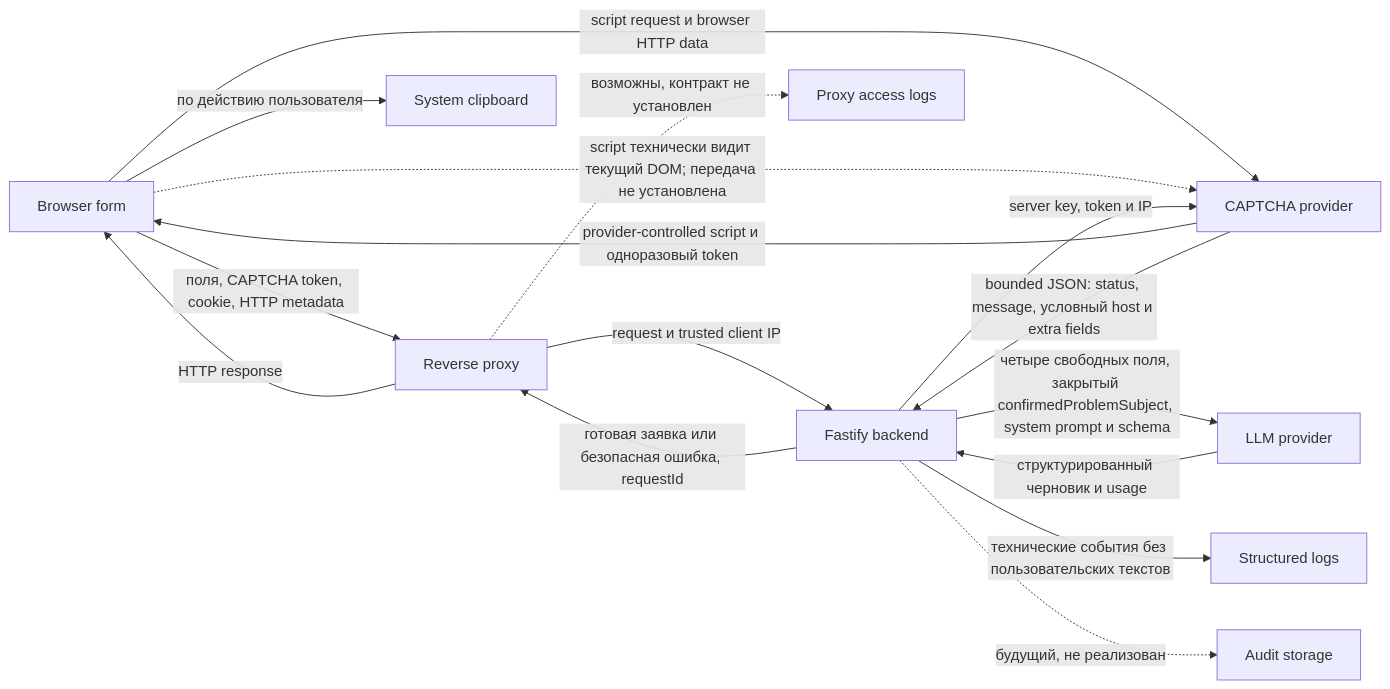
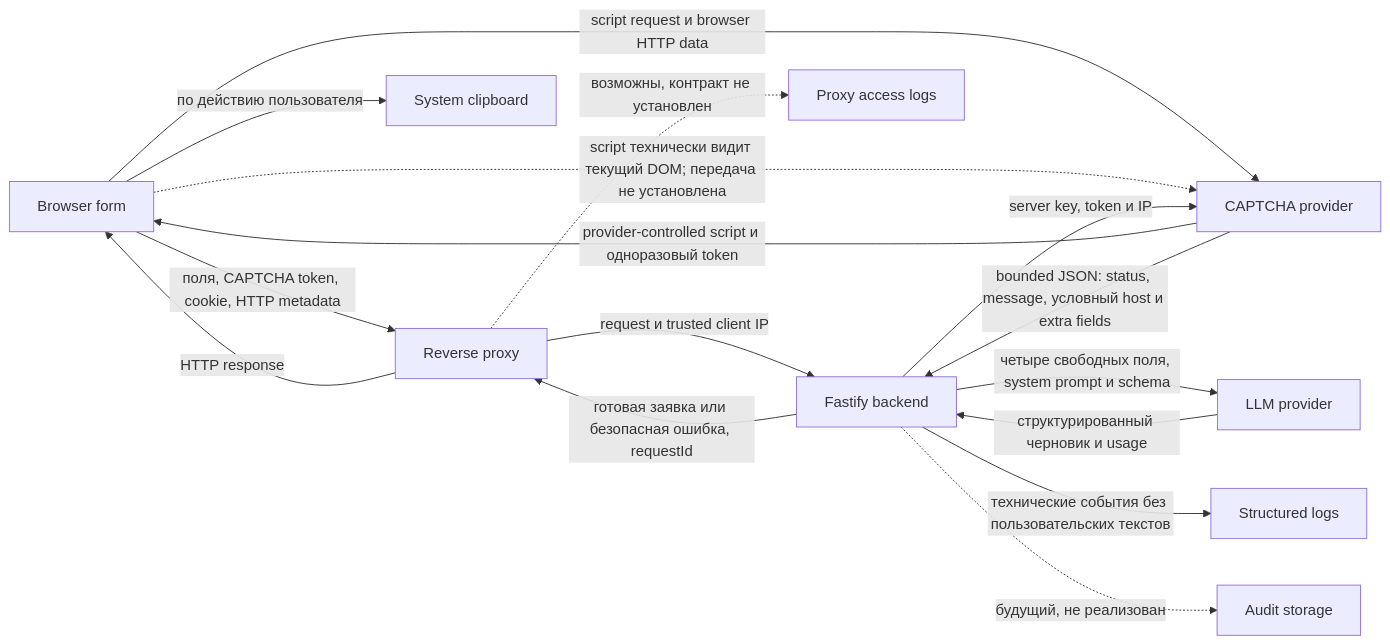
The diagram in docs/PERSONAL_DATA_PROCESSING.md (ashikov/uo-request-generator), drawn with Mermaid before and after one commit. The commit also changed other lines of this file and 3 other files, not shown here.

````diff
--- a/docs/PERSONAL_DATA_PROCESSING.md
+++ b/docs/PERSONAL_DATA_PROCESSING.md
@@ -80,18 +80,18 @@
 ```mermaid
 flowchart LR
     Browser[Browser form] -->|поля, CAPTCHA token, cookie, HTTP metadata| Proxy[Reverse proxy]
     Proxy -->|request и trusted client IP| Backend[Fastify backend]
     Browser -->|script request и browser HTTP data| Captcha[CAPTCHA provider]
     Captcha -->|provider-controlled script и одноразовый token| Browser
     Browser -. script технически видит текущий DOM; передача не установлена .-> Captcha
     Backend -->|server key, token и IP| Captcha
     Captcha -->|bounded JSON: status, message, условный host и extra fields| Backend
-    Backend -->|четыре свободных поля, закрытый confirmedProblemSubject, system prompt и schema| LLM[LLM provider]
+    Backend -->|четыре свободных поля, system prompt и schema| LLM[LLM provider]
     LLM -->|структурированный черновик и usage| Backend
     Backend -->|готовая заявка или безопасная ошибка, requestId| Proxy
     Proxy -->|HTTP response| Browser
     Browser -->|по действию пользователя| Clipboard[System clipboard]
     Backend -->|технические события без пользовательских текстов| Logs[Structured logs]
     Proxy -. возможны, контракт не установлен .-> AccessLogs[Proxy access logs]
     Backend -. будущий, не реализован .-> Audit[Audit storage]
 ```
````
